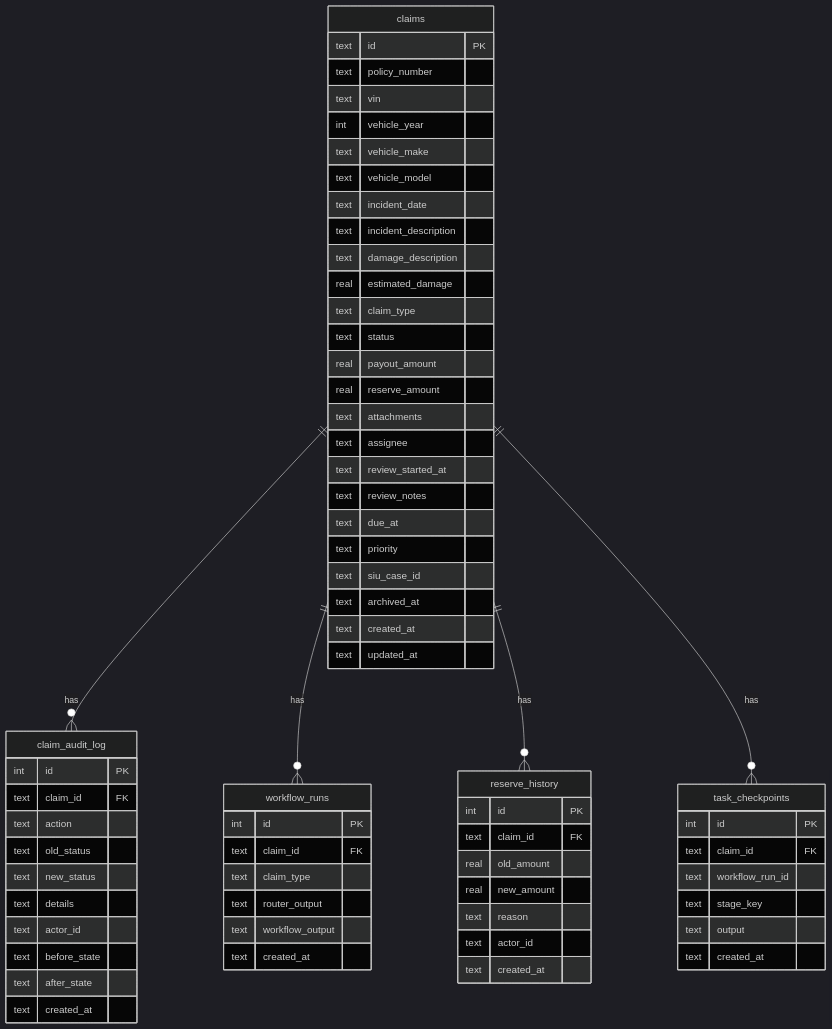
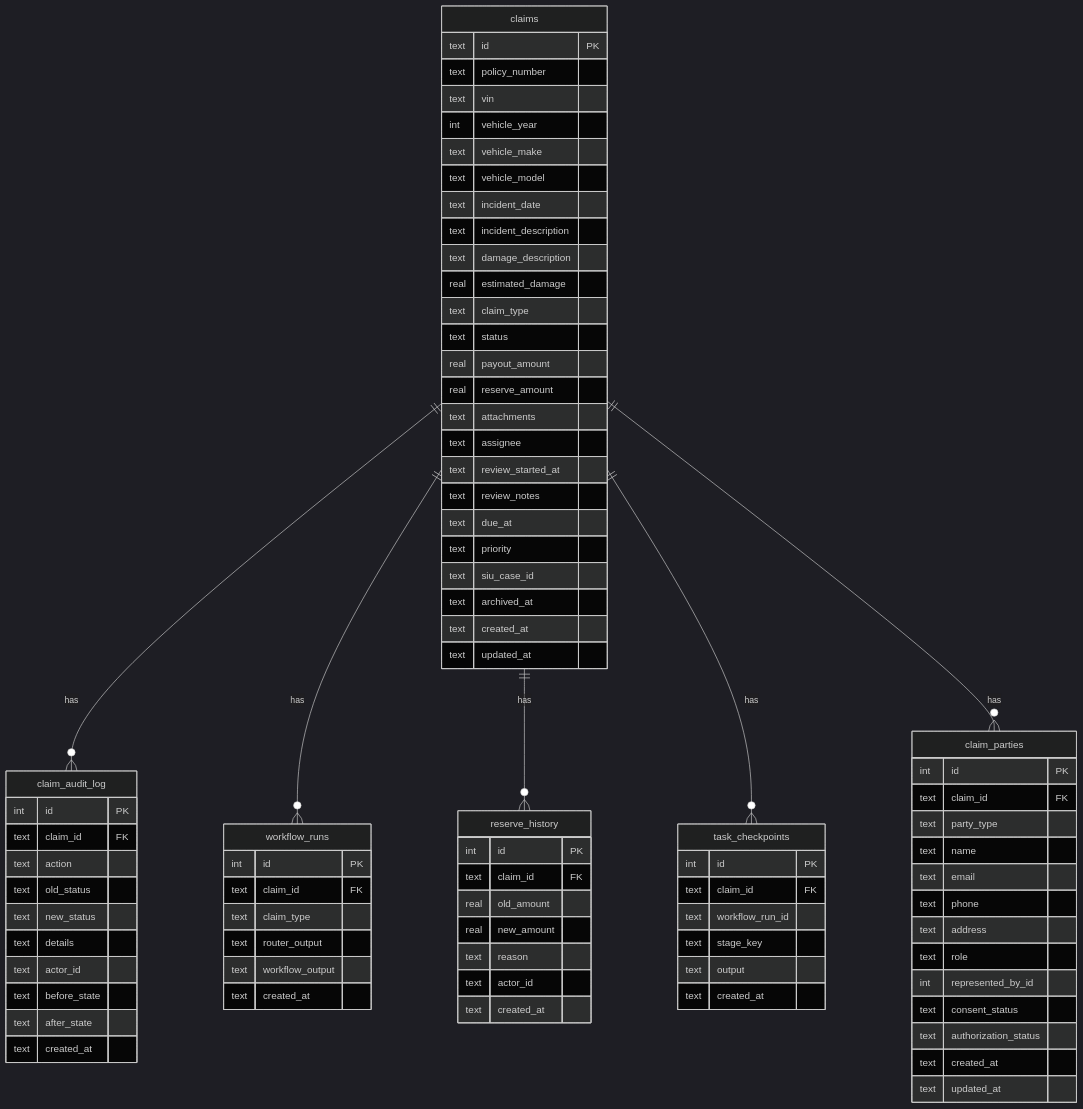
Before and after one commit to csmangum/auto-agent: the first of 2 diagrams in docs/database.md, drawn with Mermaid (dark theme). The commit also changed other lines of this file and 15 other files, not shown here.

First line of the commit message:
Add claim_parties table and related functionality for identity management

````diff
--- a/docs/database.md
+++ b/docs/database.md
@@ -60,6 +60,7 @@
     }
     
     claims ||--o{ task_checkpoints : "has"
+    claims ||--o{ claim_parties : "has"
     
     claim_audit_log {
         int id PK
@@ -101,4 +102,20 @@
         text output
         text created_at
     }
+    
+    claim_parties {
+        int id PK
+        text claim_id FK
+        text party_type
+        text name
+        text email
+        text phone
+        text address
+        text role
+        int represented_by_id
+        text consent_status
+        text authorization_status
+        text created_at
+        text updated_at
+    }
 ```
````
